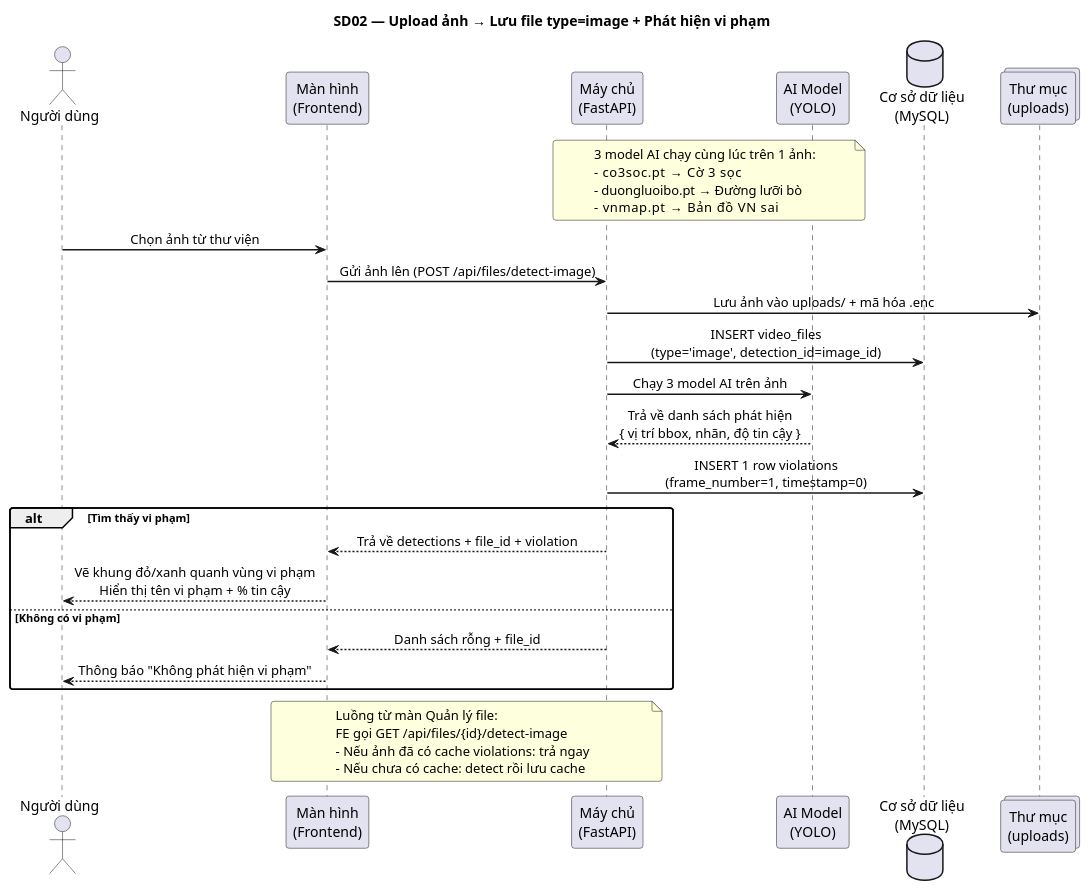
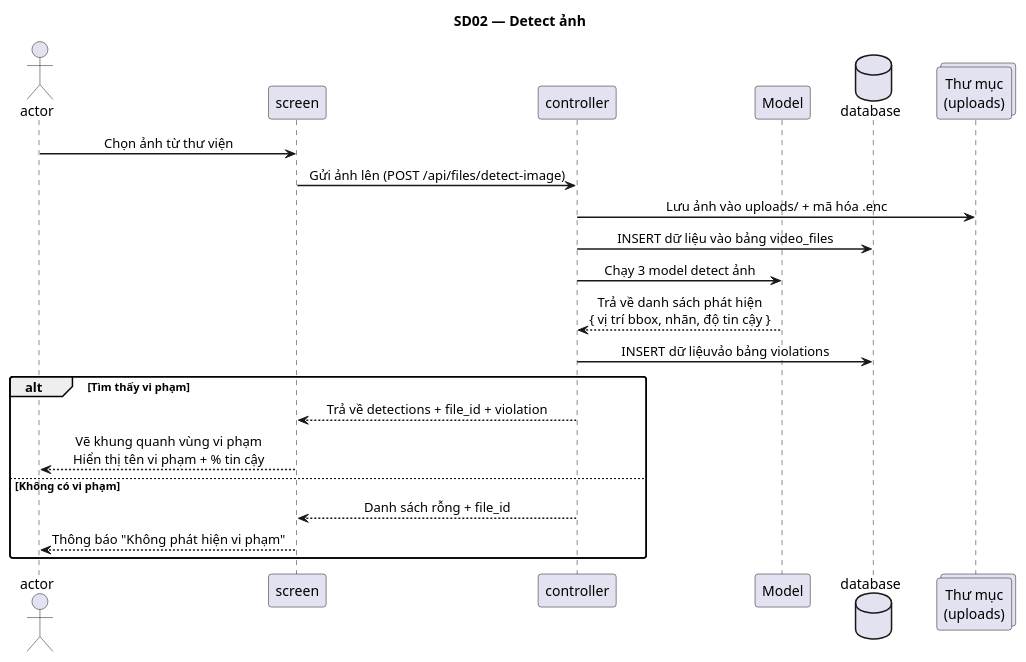
Before and after one commit to giangmichy/Do_an: the second of 6 diagrams in 3SOC_Sequence_Diagrams_QA.puml, drawn with PlantUML. The commit also changed other lines of this file and 8 other files, not shown here.

```diff
--- a/3SOC_Sequence_Diagrams_QA.puml
+++ b/3SOC_Sequence_Diagrams_QA.puml
@@ -53,47 +54,35 @@
 @startuml SD02_DetectAnh
-title SD02 — Upload ảnh → Lưu file type=image + Phát hiện vi phạm
+title SD02 — Detect ảnh
 
 skinparam sequenceMessageAlign center
 skinparam ParticipantPadding 20
 skinparam BoxPadding 10
 skinparam sequenceArrowThickness 1.5
 skinparam roundcorner 6
 
-actor       "Người dùng" as User
-participant "Màn hình\n(Frontend)"  as FE
-participant "Máy chủ\n(FastAPI)"    as BE
-participant "AI Model\n(YOLO)"     as AI
-database    "Cơ sở dữ liệu\n(MySQL)" as DB
+actor       "actor" as User
+participant "screen"  as FE
+participant "controller"    as BE
+participant "Model"     as MODEL
+database    "database" as DB
 collections "Thư mục\n(uploads)" as Disk
 
-note over BE, AI
-  3 model AI chạy cùng lúc trên 1 ảnh:
-  - co3soc.pt     → Cờ 3 sọc
-  - duongluoibo.pt → Đường lưỡi bò
-  - vnmap.pt      → Bản đồ VN sai
-end note
 
 User -> FE : Chọn ảnh từ thư viện
 FE -> BE : Gửi ảnh lên (POST /api/files/detect-image)
 BE -> Disk : Lưu ảnh vào uploads/ + mã hóa .enc
-BE -> DB : INSERT video_files\n(type='image', detection_id=image_id)
-BE -> AI : Chạy 3 model AI trên ảnh
-AI --> BE : Trả về danh sách phát hiện\n{ vị trí bbox, nhãn, độ tin cậy }
-BE -> DB : INSERT 1 row violations\n(frame_number=1, timestamp=0)
+BE -> DB : INSERT dữ liệu vào bảng video_files
+BE -> MODEL : Chạy 3 model detect ảnh
+MODEL --> BE : Trả về danh sách phát hiện\n{ vị trí bbox, nhãn, độ tin cậy }
+BE -> DB : INSERT dữ liệuvảo bảng violations
 
 alt Tìm thấy vi phạm
     BE --> FE : Trả về detections + file_id + violation
-    FE --> User : Vẽ khung đỏ/xanh quanh vùng vi phạm\nHiển thị tên vi phạm + % tin cậy
+    FE --> User : Vẽ khung quanh vùng vi phạm\nHiển thị tên vi phạm + % tin cậy
 else Không có vi phạm
     BE --> FE : Danh sách rỗng + file_id
     FE --> User : Thông báo "Không phát hiện vi phạm"
 end
 
-note over FE, BE
-  Luồng từ màn Quản lý file:
-  FE gọi GET /api/files/{id}/detect-image
-  - Nếu ảnh đã có cache violations: trả ngay
-  - Nếu chưa có cache: detect rồi lưu cache
-end note
 
 @enduml
```
